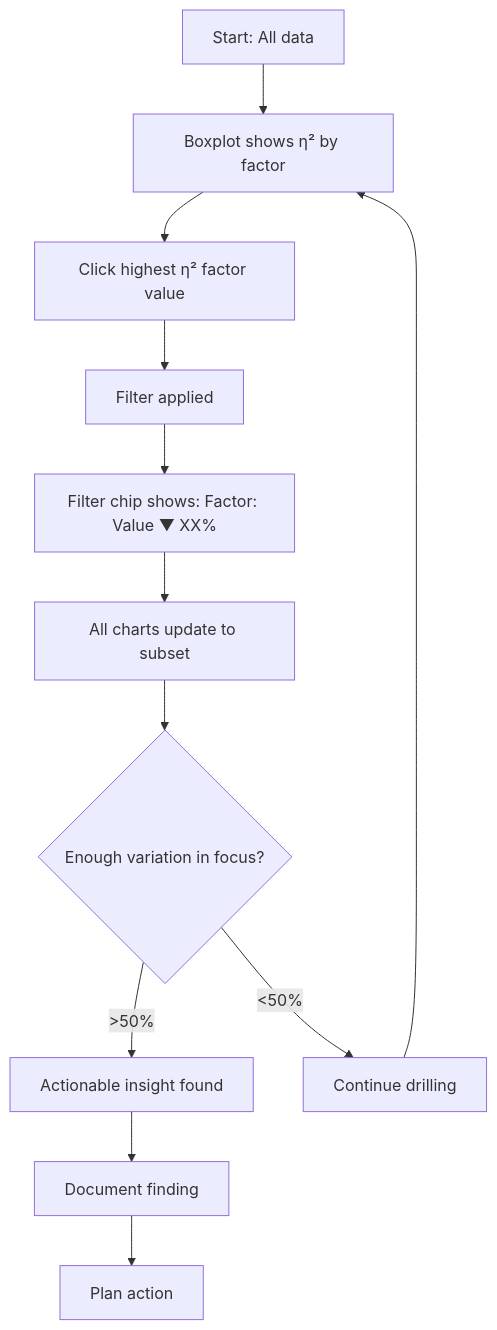
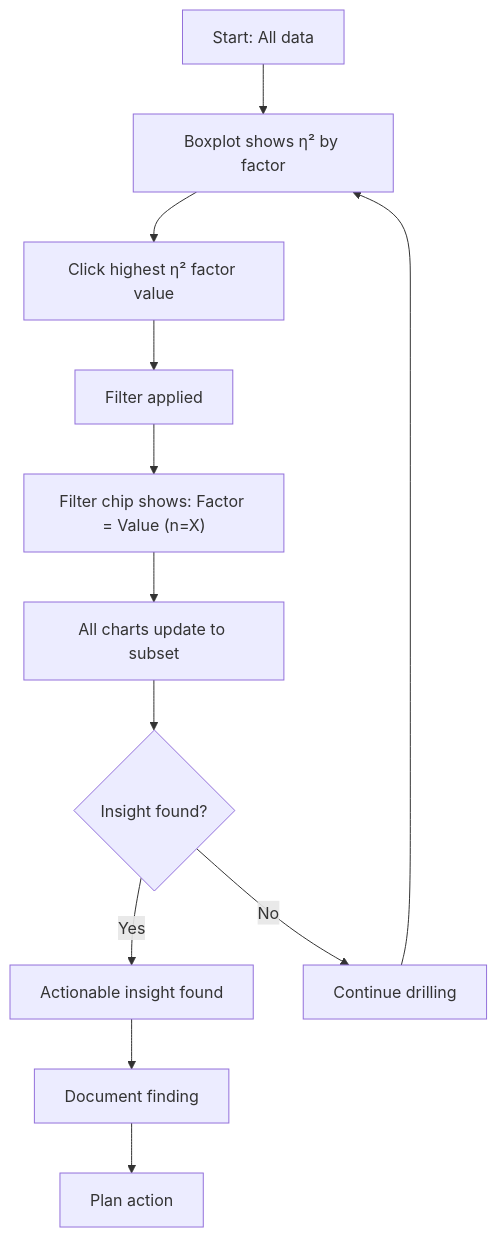
The diagram in docs/03-features/workflows/drill-down-workflow.md (jukka-matti/variscout), drawn with Mermaid before and after one commit. The commit also changed other lines of this file and 4 other files, not shown here.

````diff
--- a/docs/03-features/workflows/drill-down-workflow.md
+++ b/docs/03-features/workflows/drill-down-workflow.md
@@ -77,14 +77,14 @@
 ```mermaid
 flowchart TD
     A[Start: All data] --> B[Boxplot shows η² by factor]
     B --> C[Click highest η² factor value]
     C --> D[Filter applied]
-    D --> E["Filter chip shows: Factor: Value ▼ XX%"]
+    D --> E["Filter chip shows: Factor = Value (n=X)"]
     E --> F[All charts update to subset]
-    F --> G{Enough variation in focus?}
-    G -->|">50%"| H[Actionable insight found]
-    G -->|"<50%"| I[Continue drilling]
+    F --> G{Insight found?}
+    G -->|"Yes"| H[Actionable insight found]
+    G -->|"No"| I[Continue drilling]
     I --> B
     H --> J[Document finding]
     J --> K[Plan action]
 ```
````
